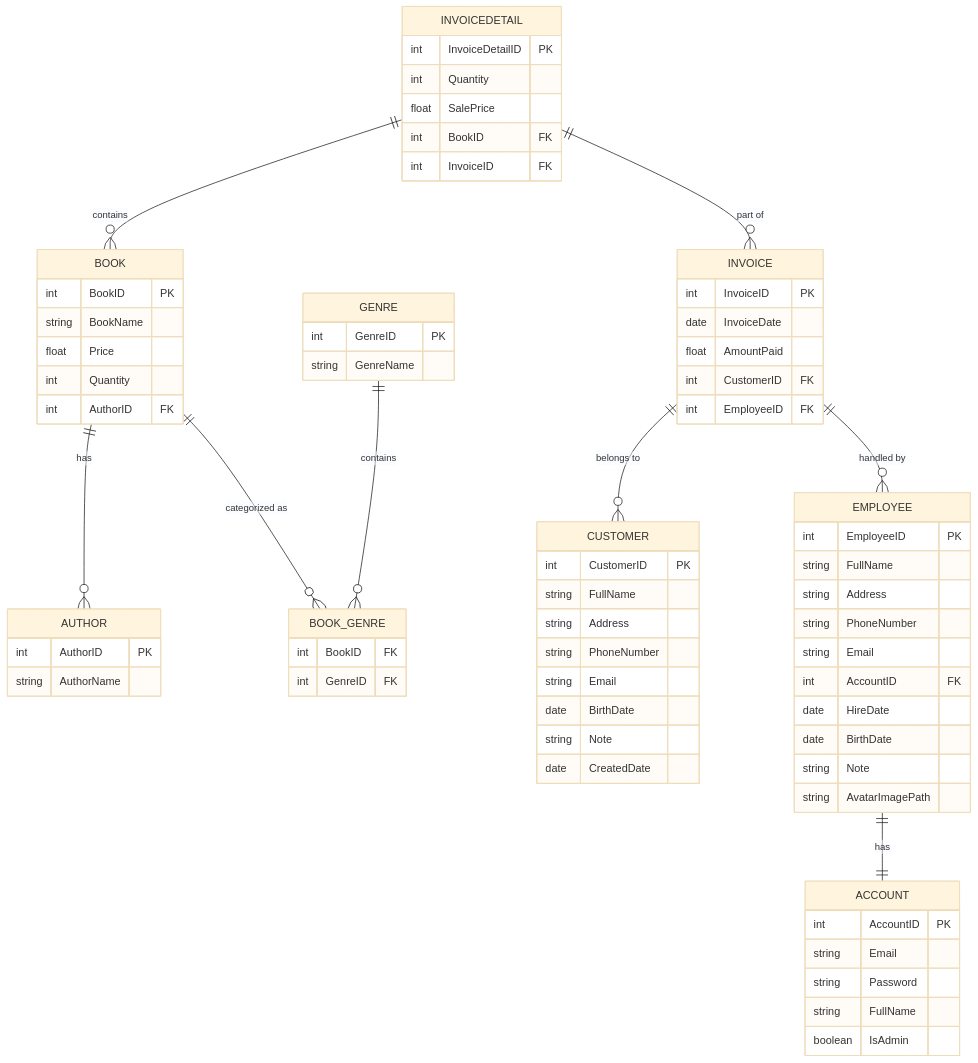
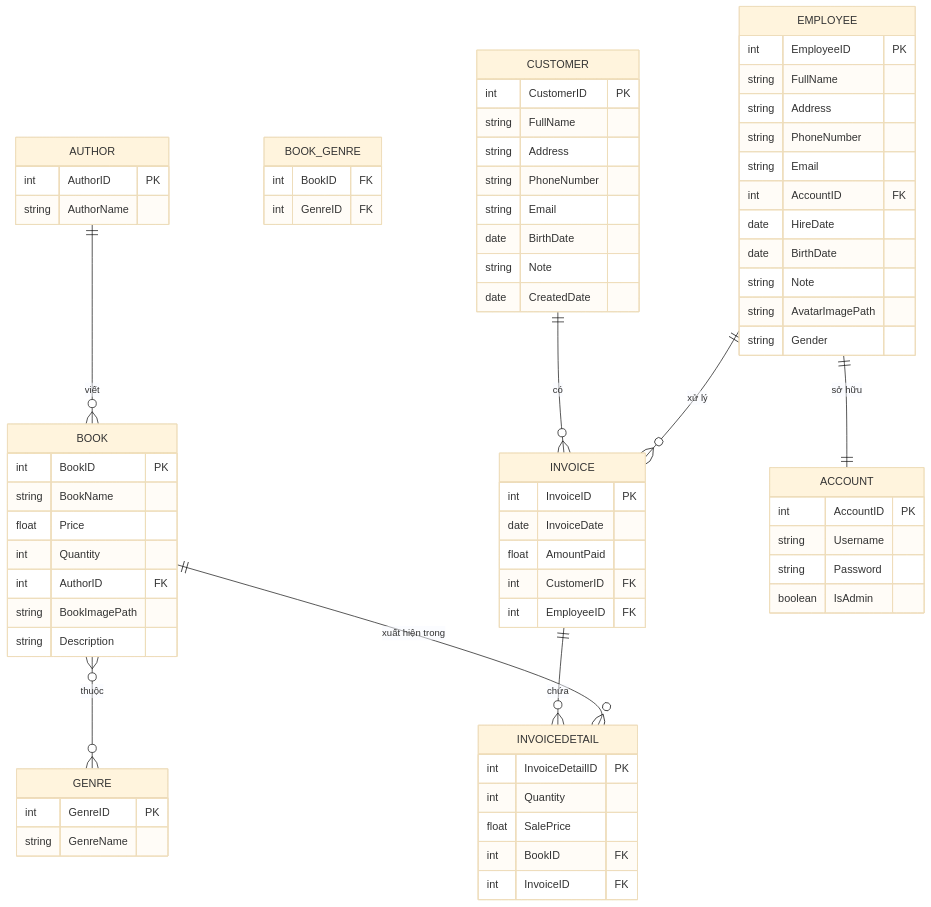
The diagram in docs/er_diagram.mmd (hoangthanh168/BookStoreManagement), drawn with Mermaid (base theme) before and after one commit. The commit also changed other lines of this file, not shown here.

```diff
--- a/docs/er_diagram.mmd
+++ b/docs/er_diagram.mmd
@@ -1,92 +1,87 @@
 erDiagram
 
-       %% Book Table (Sach)
     BOOK {
         int BookID PK
         string BookName
         float Price
         int Quantity
         int AuthorID FK
+        string BookImagePath
+        string Description
     }
 
-    %% Author Table (TacGia)
     AUTHOR {
         int AuthorID PK
         string AuthorName
     }
 
-    %% Genre Table (TheLoai)
+    AUTHOR ||--o{ BOOK : "viết"
+
     GENRE {
         int GenreID PK
         string GenreName
     }
 
-    %% Invoice Table (HoaDon)
-    INVOICE {
-        int InvoiceID PK
-        date InvoiceDate
-        float AmountPaid
-        int CustomerID FK
-        int EmployeeID FK
+    BOOK_GENRE {
+        int BookID FK
+        int GenreID FK
     }
 
-    %% Invoice Detail Table (ChiTietHoaDon)
-    INVOICEDETAIL {
-        int InvoiceDetailID PK
-        int Quantity
-        float SalePrice
-        int BookID FK
-        int InvoiceID FK
-    }
+    BOOK }o--o{ GENRE : "thuộc"
 
-    %% Account Table (TaiKhoan)
-    ACCOUNT {
-        int AccountID PK
-        string Email
-        string Password
-        string FullName
-        boolean IsAdmin
-    }
-
-    %% Customer Table (KhachHang)
     CUSTOMER {
         int CustomerID PK
         string FullName
         string Address
         string PhoneNumber
         string Email
         date BirthDate
         string Note
         date CreatedDate 
     }
 
-    %% Employee Table (NhanVien)
-     %% Employee Table (NhanVien) - Updated with AvatarImagePath
+    INVOICE {
+        int InvoiceID PK
+        date InvoiceDate
+        float AmountPaid
+        int CustomerID FK
+        int EmployeeID FK
+    }
+
+    CUSTOMER ||--o{ INVOICE : "có"
+
     EMPLOYEE {
         int EmployeeID PK
         string FullName
         string Address
         string PhoneNumber
         string Email
         int AccountID FK
         date HireDate
         date BirthDate
         string Note
         string AvatarImagePath
+        string Gender
     }
 
-    %% Bảng trung gian giữa BOOK và GENRE (Quan hệ nhiều - nhiều)
-    BOOK_GENRE {
-        int BookID FK
-        int GenreID FK
+    ACCOUNT {
+        int AccountID PK
+        string Username
+        string Password
+        boolean IsAdmin
     }
 
-    %% Relationships
-    BOOK ||--o{ AUTHOR : "has"
-    BOOK ||--o{ BOOK_GENRE : "categorized as"
-    GENRE ||--o{ BOOK_GENRE : "contains"
-    INVOICE ||--o{ CUSTOMER : "belongs to"
-    INVOICE ||--o{ EMPLOYEE : "handled by"
-    INVOICEDETAIL ||--o{ BOOK : "contains"
-    INVOICEDETAIL ||--o{ INVOICE : "part of"
-    EMPLOYEE ||--|| ACCOUNT : "has"
+    EMPLOYEE ||--|| ACCOUNT : "sở hữu"
+
+    EMPLOYEE ||--o{ INVOICE : "xử lý"
+
+    INVOICEDETAIL {
+        int InvoiceDetailID PK
+        int Quantity
+        float SalePrice
+        int BookID FK
+        int InvoiceID FK
+    }
+
+    INVOICE ||--o{ INVOICEDETAIL : "chứa"
+    BOOK ||--o{ INVOICEDETAIL : "xuất hiện trong"
```
